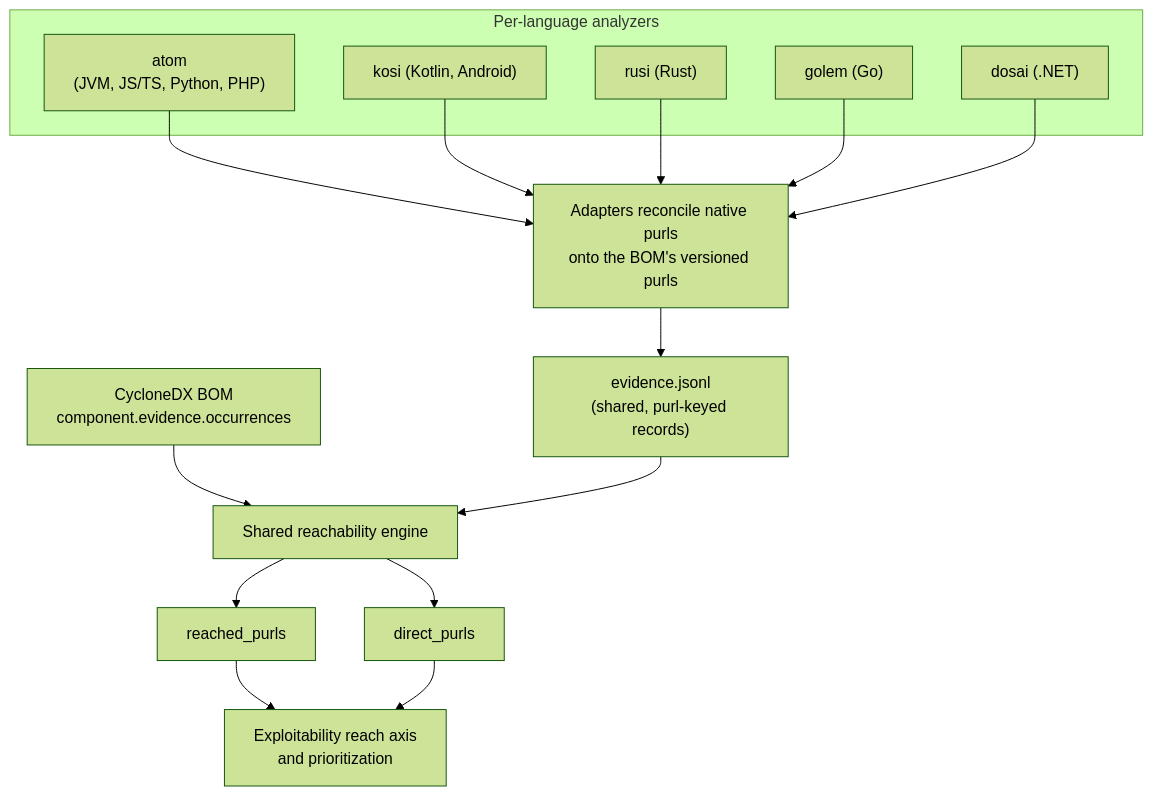
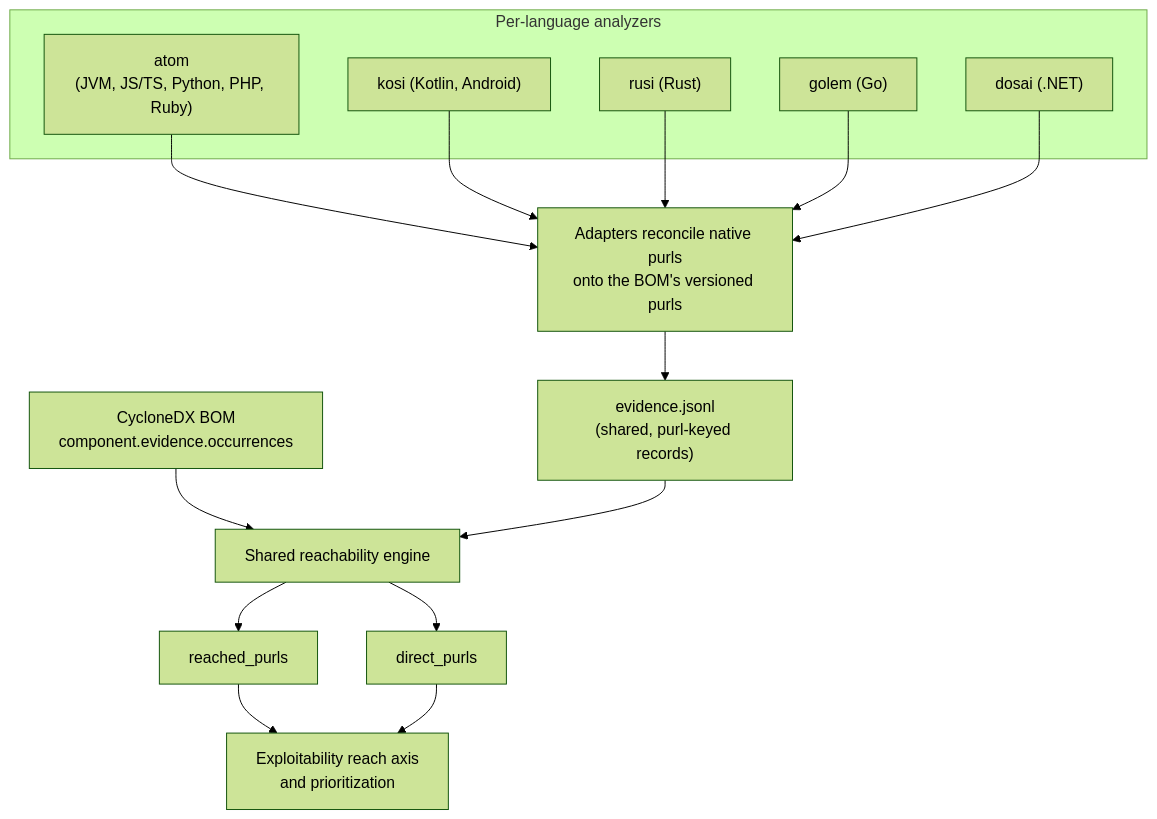
One commit to owasp-dep-scan/dep-scan changed the diagram in documentation/docs/results/reachability.mdx. Above: the diagram before and after it, drawn with Mermaid (forest theme). The commit also changed other lines of this file and 25 other files, not shown here.

````diff
--- a/documentation/docs/results/reachability.mdx
+++ b/documentation/docs/results/reachability.mdx
@@ -25,30 +25,30 @@
 ```mermaid
 flowchart TD
     subgraph L1["Per-language analyzers"]
-        atom["atom<br/>(JVM, JS/TS, Python, PHP)"]
+        atom["atom<br/>(JVM, JS/TS, Python, PHP, Ruby)"]
         kosi["kosi (Kotlin, Android)"]
         rusi["rusi (Rust)"]
         golem["golem (Go)"]
         dosai["dosai (.NET)"]
     end
     conv["Adapters reconcile native purls<br/>onto the BOM's versioned purls"]
     store["evidence.jsonl<br/>(shared, purl-keyed records)"]
     bom["CycloneDX BOM<br/>component.evidence.occurrences"]
     engine["Shared reachability engine"]
     reached["reached_purls"]
     direct["direct_purls"]
     grade["Exploitability reach axis<br/>and prioritization"]
 
     atom --> conv
     kosi --> conv
     rusi --> conv
     golem --> conv
     dosai --> conv
     conv --> store
     bom --> engine
     store --> engine
     engine --> reached
     engine --> direct
     reached --> grade
     direct --> grade
 ```
````
